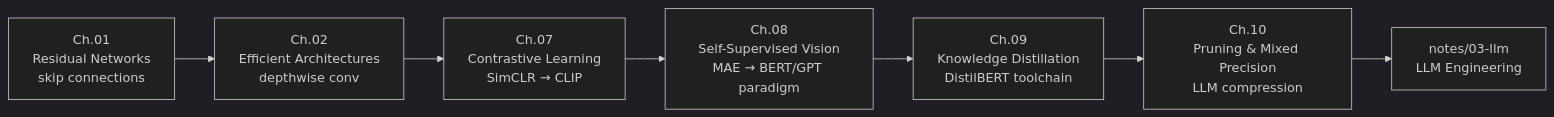
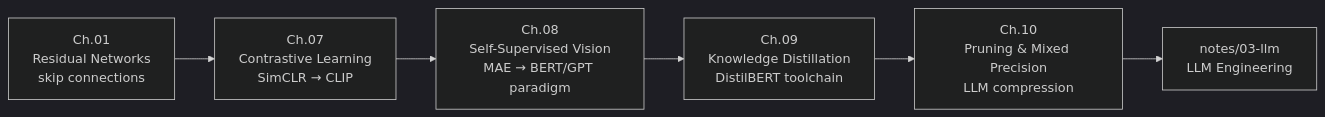
The diagram in notes/02-bridging-to-transformers/README.md (dsgouda7/ai-portfolio), drawn with Mermaid (dark theme) before and after one commit. The commit also changed other lines of this file and 17 other files, not shown here.

````diff
--- a/notes/02-bridging-to-transformers/README.md
+++ b/notes/02-bridging-to-transformers/README.md
@@ -57,9 +57,8 @@
 ```mermaid
 graph LR
- Ch1[Ch.01\nResidual Networks\nskip connections] --> Ch2[Ch.02\nEfficient Architectures\ndepthwise conv]
- Ch2 --> Ch7[Ch.07\nContrastive Learning\nSimCLR → CLIP]
+ Ch1[Ch.01\nResidual Networks\nskip connections] --> Ch7[Ch.07\nContrastive Learning\nSimCLR → CLIP]
  Ch7 --> Ch8[Ch.08\nSelf-Supervised Vision\nMAE → BERT/GPT paradigm]
  Ch8 --> Ch9[Ch.09\nKnowledge Distillation\nDistilBERT toolchain]
  Ch9 --> Ch10[Ch.10\nPruning & Mixed Precision\nLLM compression]
  Ch10 --> Next[notes/03-llm\nLLM Engineering]
 ```
````
